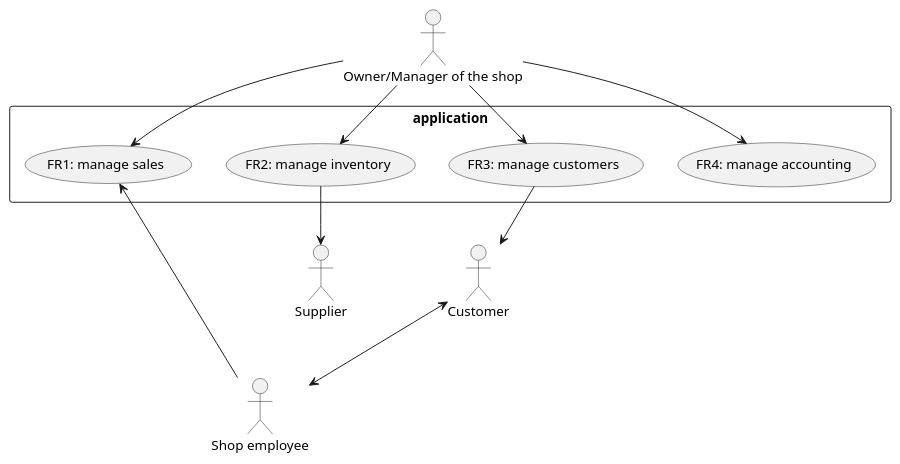
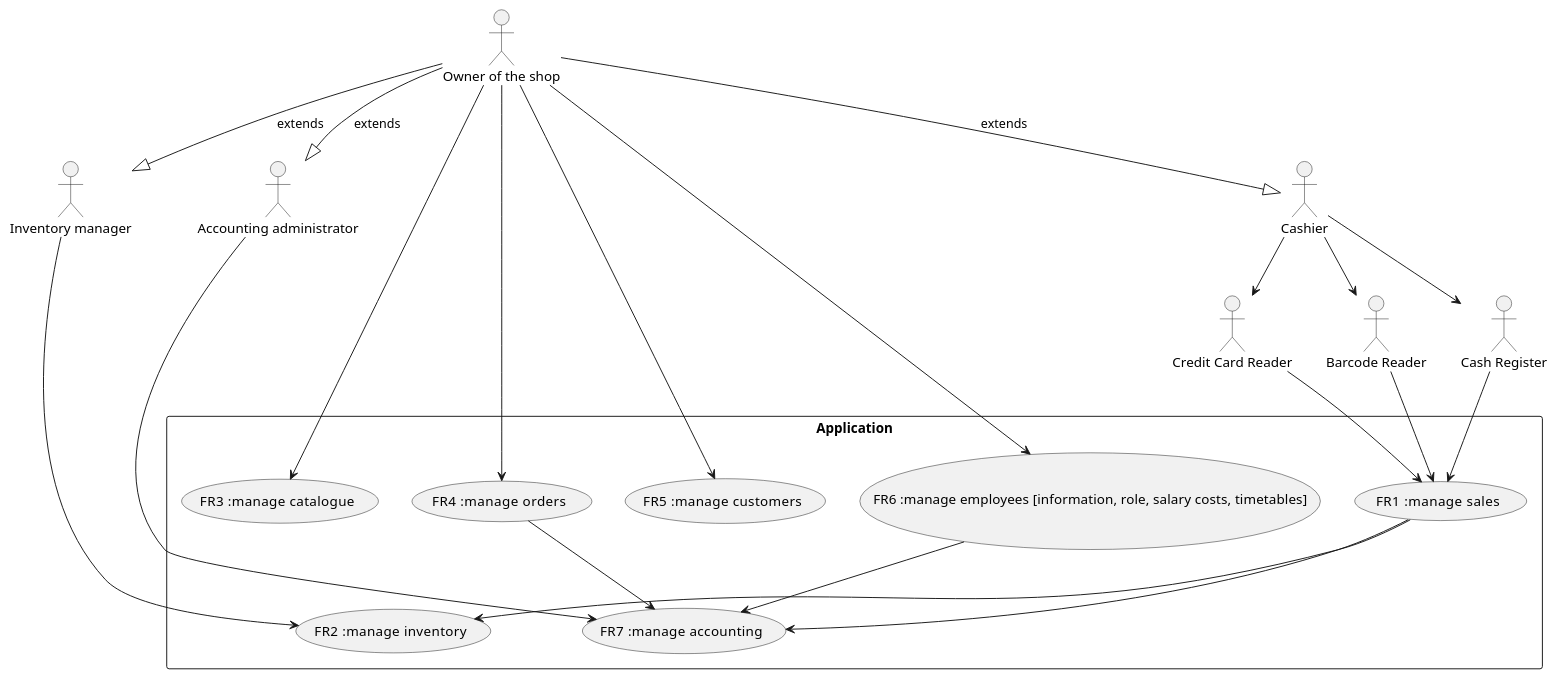
One commit to b3xul/ezshop changed the second of 3 diagrams in Deliverables/RequirementsDocument.md. Above: the diagram before and after it, drawn with PlantUML. The commit also changed other lines of this file and 1 other file, not shown here.

````diff
--- a/Deliverables/RequirementsDocument.md
+++ b/Deliverables/RequirementsDocument.md
@@ -162,19 +169,35 @@
 ```plantuml
 @startuml
-:Owner/Manager of the shop:
-:Shop employee: 
-:Customer:
-:Supplier:
+rectangle Application {
+(FR1   :manage sales)
+(FR2   :manage inventory)
+(FR3   :manage catalogue)
+(FR4   :manage orders)
+(FR5   :manage customers)
+(FR6   :manage employees [information, role, salary costs, timetables])
+(FR7   :manage accounting)
+}
 
-rectangle application {
-  :Owner/Manager of the shop: --> (FR4: manage accounting)
-  :Owner/Manager of the shop: --> (FR1: manage sales)
-  :Shop employee: --> (FR1: manage sales)
-  :Customer: <--> :Shop employee:
-  :Owner/Manager of the shop: --> (FR2: manage inventory)
-  (FR2: manage inventory) --> :Supplier:
-  :Owner/Manager of the shop: --> (FR3: manage customers)
-  (FR3: manage customers) --> :Customer:
-}
+:Owner of the shop: --|> :Cashier: : extends
+:Owner of the shop: --|> :Inventory manager: : extends
+:Owner of the shop: --> (FR3   :manage catalogue)
+:Owner of the shop: --> (FR4   :manage orders)
+:Owner of the shop: --> (FR5   :manage customers)
+:Owner of the shop: --> (FR6   :manage employees [information, role, salary costs, timetables])
+:Owner of the shop: --|> :Accounting administrator: : extends
+:Inventory manager: --> (FR2   :manage inventory)
+:Cashier: --> :Barcode Reader:
+:Cashier: --> :Cash Register:
+:Cashier: --> :Credit Card Reader:
+:Accounting administrator: --> (FR7   :manage accounting)
+:Barcode Reader: --> (FR1   :manage sales)
+:Cash Register: --> (FR1   :manage sales)
+:Credit Card Reader: --> (FR1   :manage sales)
+
+(FR1   :manage sales) --> (FR2   :manage inventory)
+(FR1   :manage sales) --> (FR7   :manage accounting)
+(FR4   :manage orders) --> (FR7   :manage accounting)
+(FR6   :manage employees [information, role, salary costs, timetables]) --> (FR7   :manage accounting)
+
 @enduml
 ```
````
